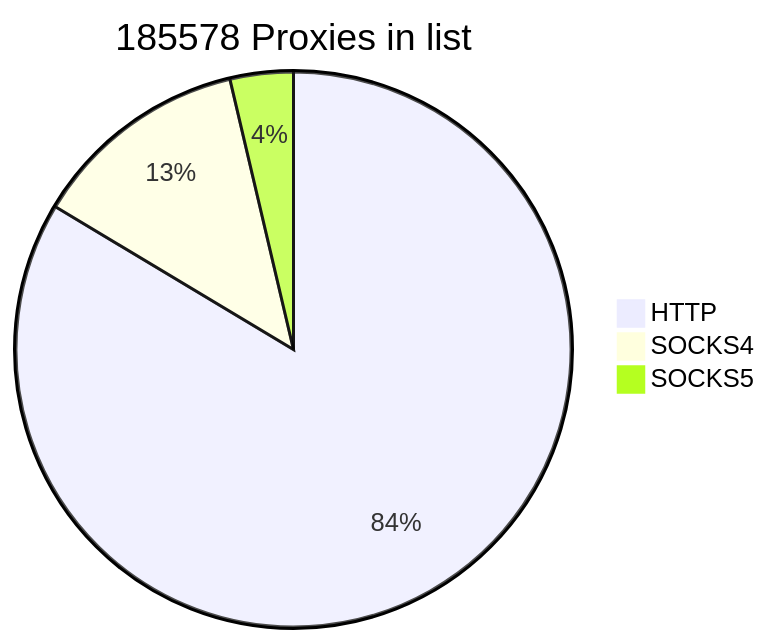
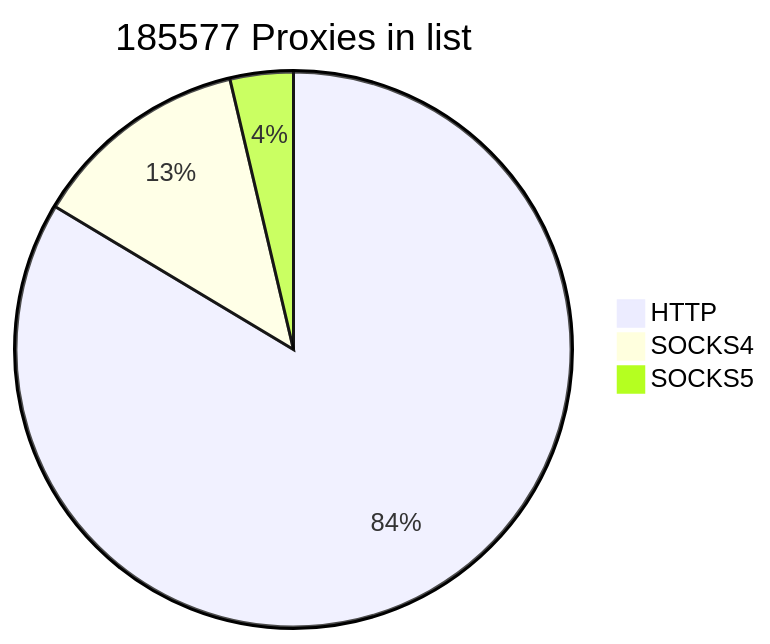
Before and after one commit to cutipu/proxylist: the first of 2 diagrams in README.md, drawn with Mermaid. The commit also changed other lines of this file, not shown here.

````diff
--- a/README.md
+++ b/README.md
@@ -2,7 +2,7 @@
 ```mermaid
-pie title 185578 Proxies in list
-    "HTTP" : 155137
-    "SOCKS4" : 23618
-    "SOCKS5" : 6823
+pie title 185577 Proxies in list
+    "HTTP" : 155136
+    "SOCKS4" : 23619
+    "SOCKS5" : 6822
             
 ```
````
